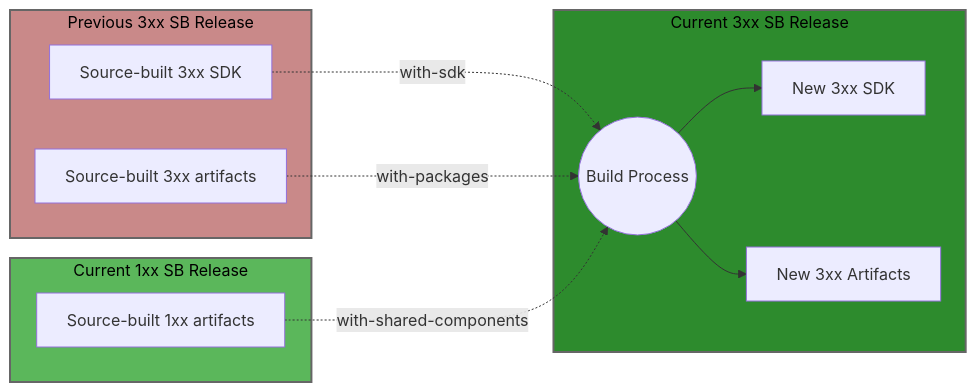
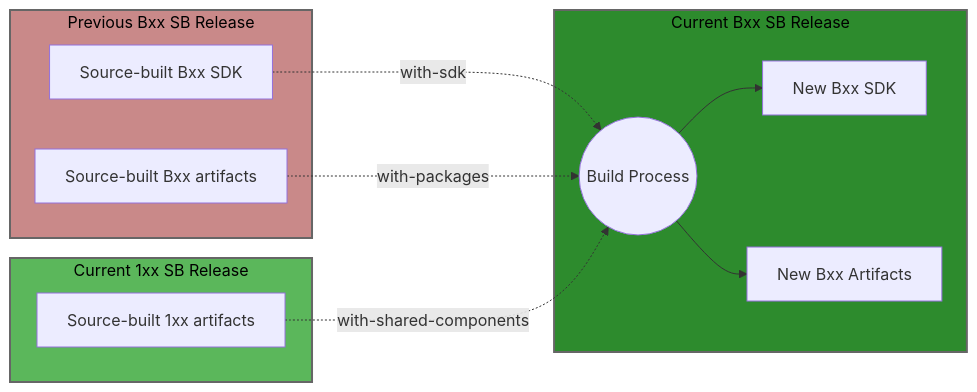
One commit to dotnet/source-build changed the ninth of 10 diagrams in Documentation/feature-band-source-building.md. Above: the diagram before and after it, drawn with Mermaid. The commit also changed other lines of this file, not shown here.

````diff
--- a/Documentation/feature-band-source-building.md
+++ b/Documentation/feature-band-source-building.md
@@ -735,30 +622,30 @@
 ```mermaid
 flowchart LR
-    subgraph SBPrev3xx["Previous 3xx SB Release"]
-        Prev_3xx_SDK[Source-built 3xx SDK]
-        Prev_3xx_Art[Source-built 3xx artifacts]
+    subgraph SBPrev3xx["Previous Bxx SB Release"]
+        Prev_3xx_SDK[Source-built Bxx SDK]
+        Prev_3xx_Art[Source-built Bxx artifacts]
     end
     
     subgraph SBCurr1xx["Current 1xx SB Release"]
         Curr_1xx_Art[Source-built 1xx artifacts]
     end
     
-    subgraph SBCurr3xx["Current 3xx SB Release"]
+    subgraph SBCurr3xx["Current Bxx SB Release"]
         Build((Build Process))
-        SDK_3xx[New 3xx SDK]
-        Art_3xx[New 3xx Artifacts]
+        SDK_3xx[New Bxx SDK]
+        Art_3xx[New Bxx Artifacts]
     end
     
     Prev_3xx_SDK -.->|with-sdk| Build
     Prev_3xx_Art -.->|with-packages| Build
     Curr_1xx_Art -.->|with-shared-components| Build
     Build --> SDK_3xx
     Build --> Art_3xx
     
     classDef prev3xx fill:#c98989,stroke:#666,stroke-width:2px,color:#000
     classDef curr1xx fill:#5bb75b,stroke:#666,stroke-width:2px,color:#000
     classDef curr3xx fill:#2d8b2d,stroke:#666,stroke-width:2px,color:#000
     class SBPrev3xx prev3xx
     class SBCurr1xx curr1xx
     class SBCurr3xx curr3xx
 ```
````
